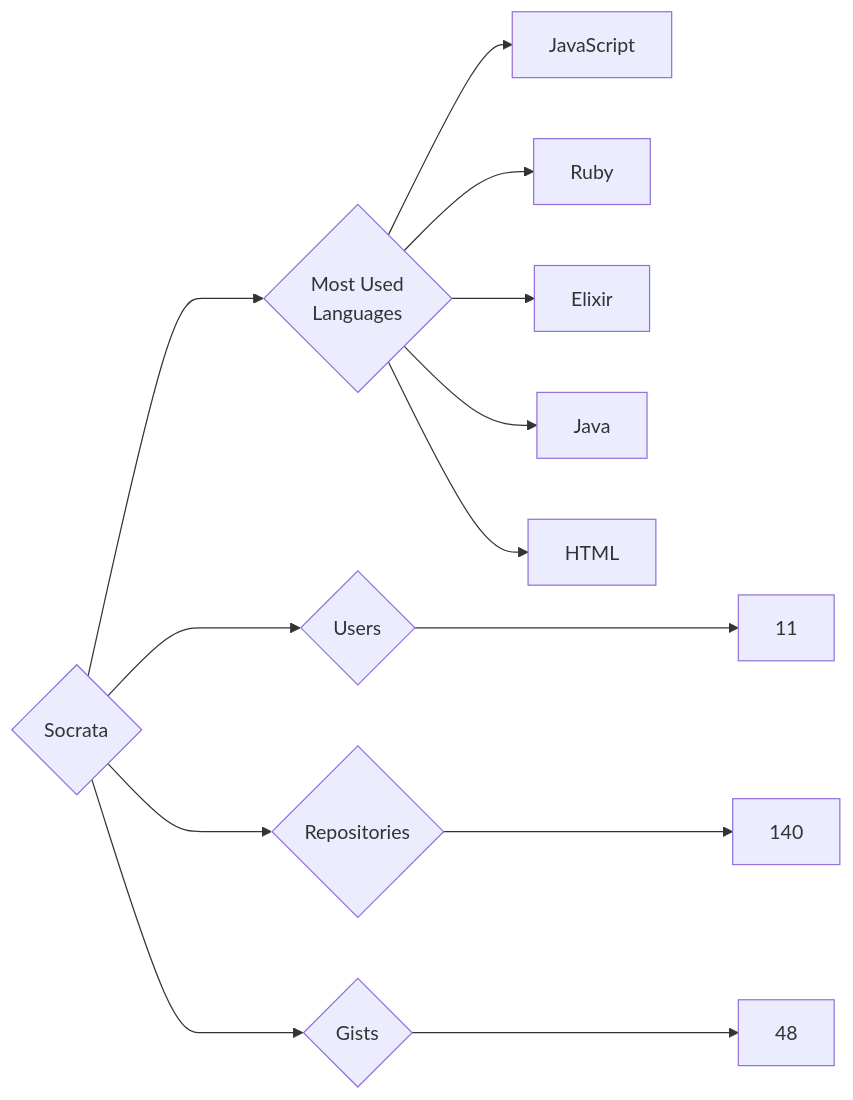
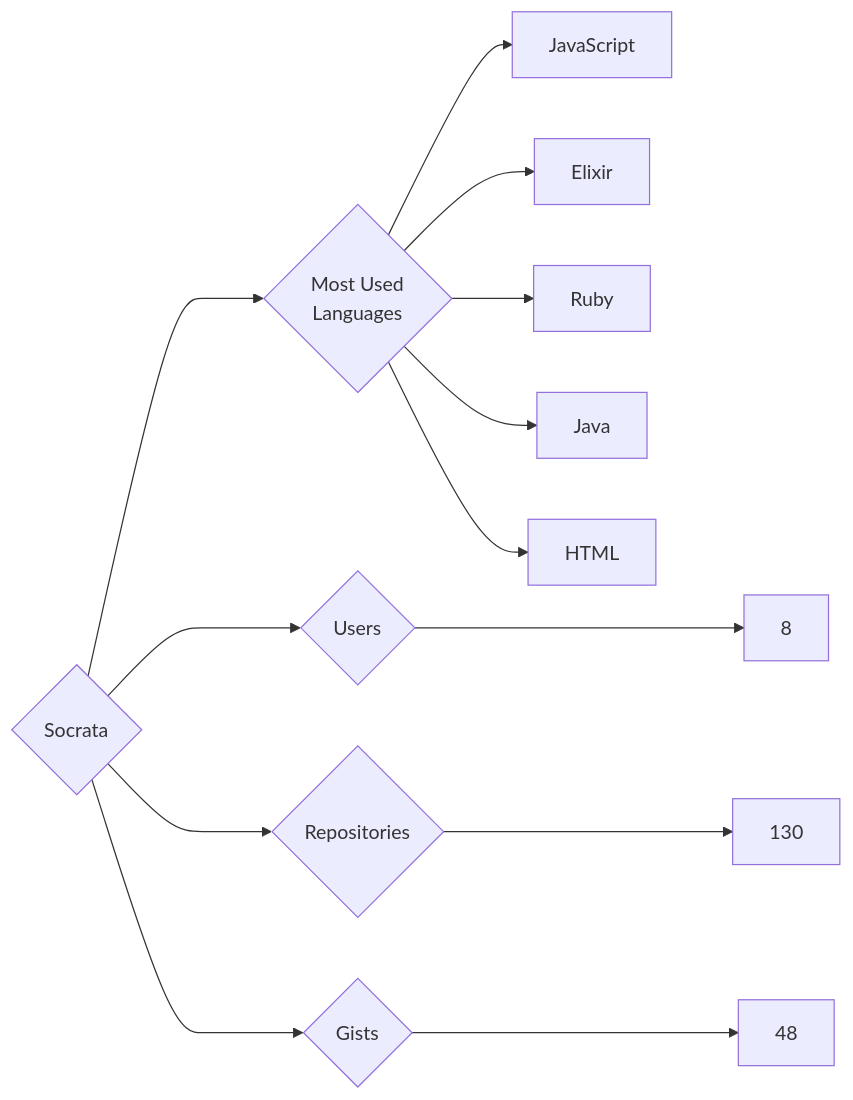
One commit to trickest/insiders changed the diagram in targets/Socrata/README.md. Above: the diagram before and after it, drawn with Mermaid. The commit also changed 1389 other files, not shown here.

````diff
--- a/targets/Socrata/README.md
+++ b/targets/Socrata/README.md
@@ -3,13 +3,13 @@
 ```mermaid
 graph LR
 COMPANY_NAME{Socrata}
-COMPANY_NAME ---> U{Users} ---> UN[11]
-COMPANY_NAME ---> R{Repositories} ---> RN[140]
+COMPANY_NAME ---> U{Users} ---> UN[8]
+COMPANY_NAME ---> R{Repositories} ---> RN[130]
 COMPANY_NAME ---> G{Gists} ---> GN[48]
 COMPANY_NAME ---> ML{Most Used<br>Languages}
 ML --> JavaScript[JavaScript]
+ML --> Elixir[Elixir]
 ML --> Ruby[Ruby]
-ML --> Elixir[Elixir]
 ML --> Java[Java]
 ML --> HTML[HTML]
 ```
````
